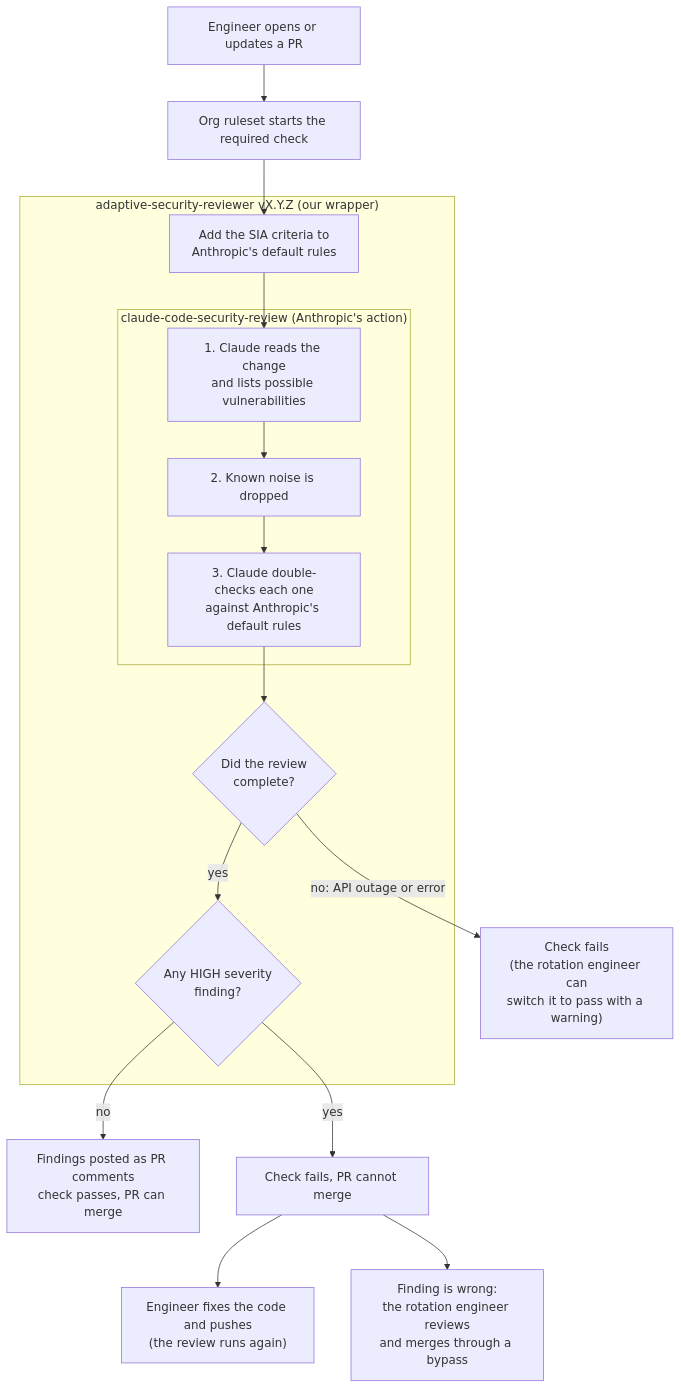
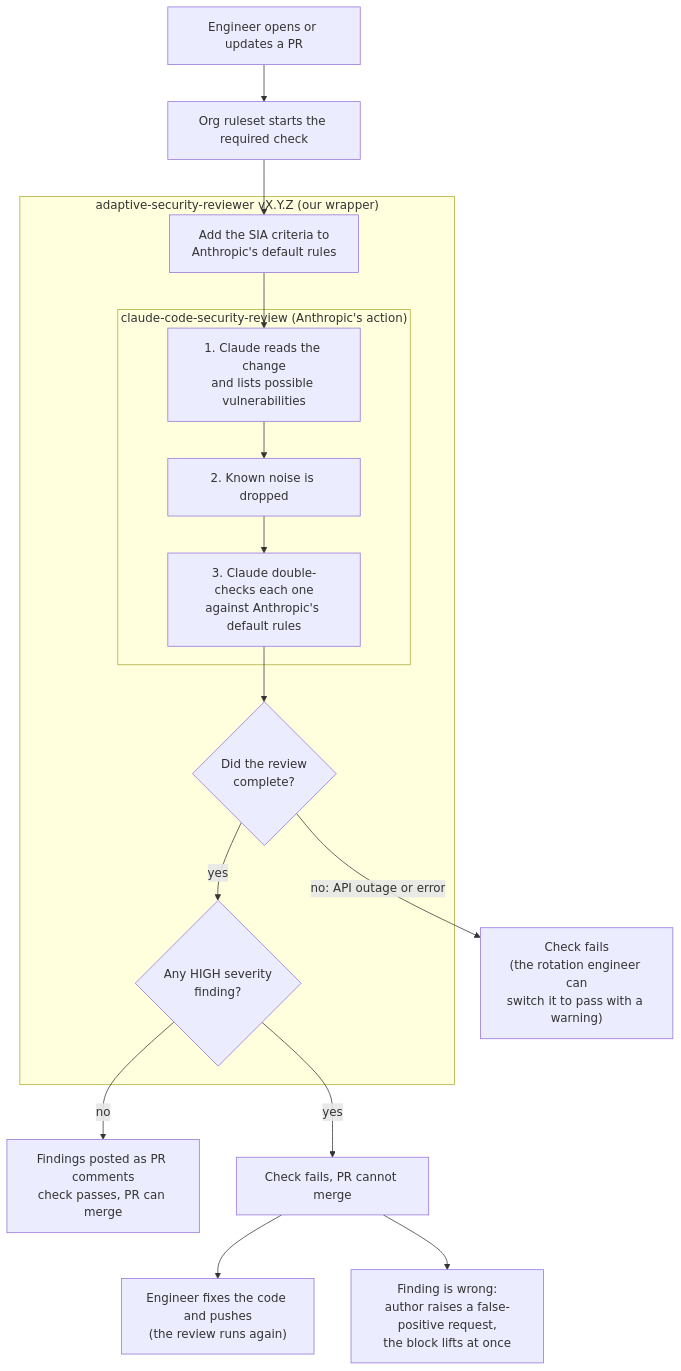
The first of 2 diagrams in docs/README.md (ssc-telec-corp/agentic-reviewer), drawn with Mermaid before and after one commit. The commit also changed other lines of this file and 3 other files, not shown here.

````diff
--- a/docs/README.md
+++ b/docs/README.md
@@ -7,25 +7,25 @@
 ```mermaid
 flowchart TD
     A["Engineer opens or updates a PR"] --> B["Org ruleset starts the required check"]
     B --> C
 
     subgraph W["adaptive-security-reviewer vX.Y.Z (our wrapper)"]
         C["Add the SIA criteria to<br/>Anthropic's default rules"]
         subgraph U["claude-code-security-review (Anthropic's action)"]
             D1["1. Claude reads the change<br/>and lists possible vulnerabilities"]
             D2["2. Known noise is dropped"]
             D3["3. Claude double-checks each one<br/>against Anthropic's default rules"]
             D1 --> D2 --> D3
         end
         C --> D1
         D3 --> E{"Did the review<br/>complete?"}
         H{"Any HIGH severity<br/>finding?"}
     end
 
     E -- "no: API outage or error" --> G["Check fails<br/>(the rotation engineer can<br/>switch it to pass with a warning)"]
     E -- "yes" --> H
     H -- "no" --> F["Findings posted as PR comments<br/>check passes, PR can merge"]
     H -- "yes" --> B2["Check fails, PR cannot merge"]
     B2 --> I["Engineer fixes the code and pushes<br/>(the review runs again)"]
-    B2 --> J["Finding is wrong:<br/>the rotation engineer reviews<br/>and merges through a bypass"]
+    B2 --> J["Finding is wrong:<br/>author raises a false-positive request,<br/>the block lifts at once"]
 ```
````
